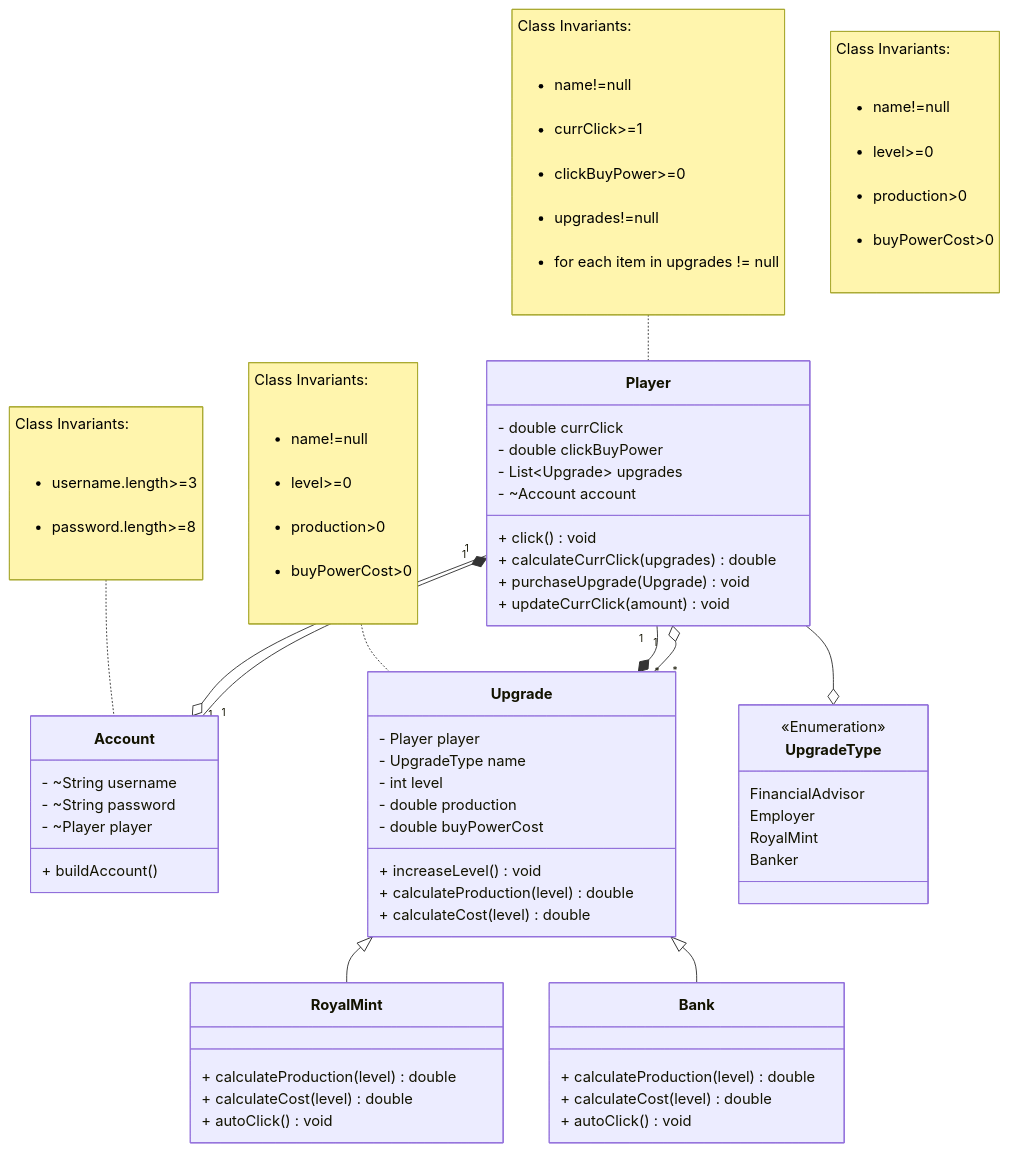
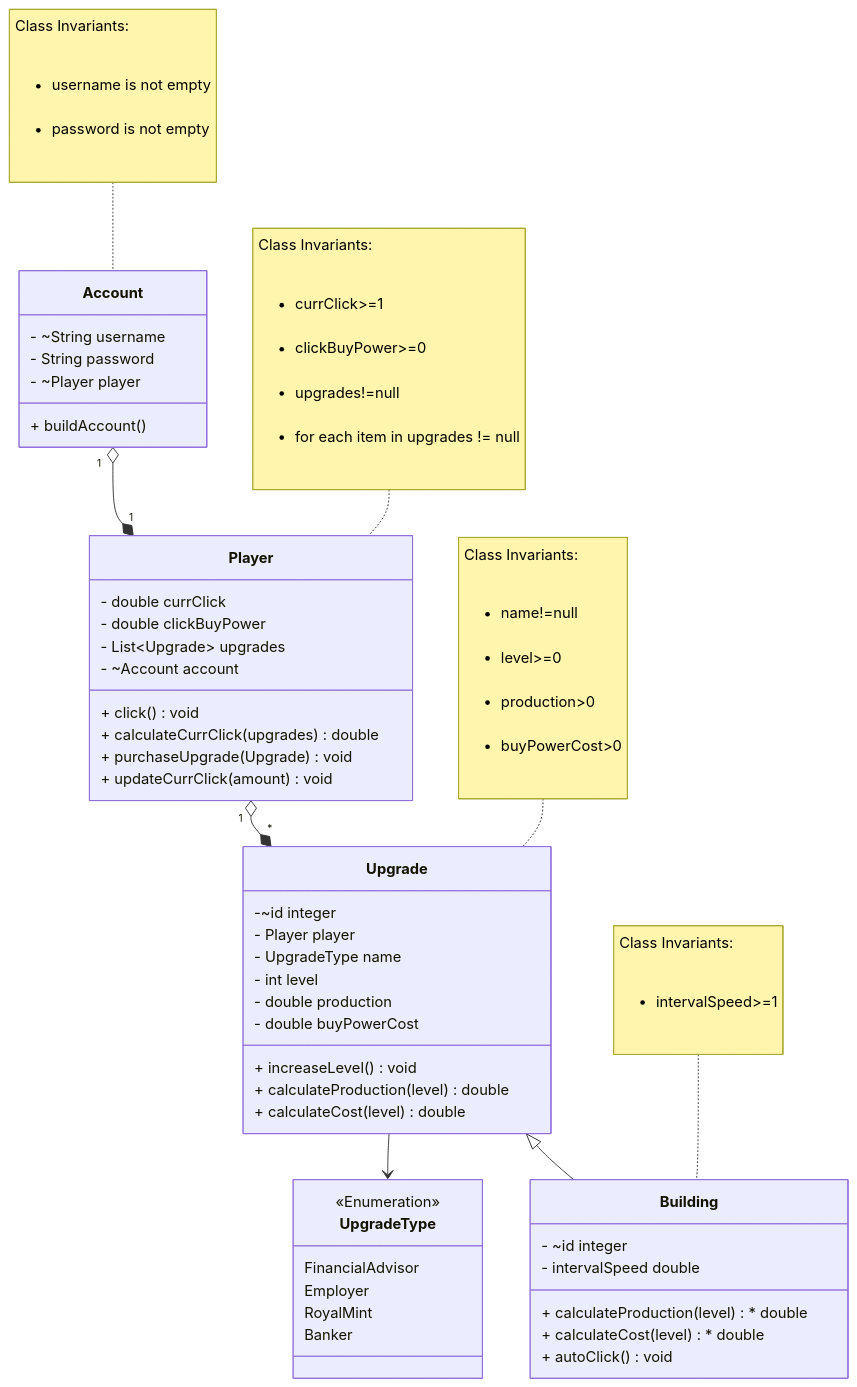
One commit to kaesotiric/money_clicker_game changed the diagram in domain.md. Above: the diagram before and after it, drawn with Mermaid. The commit also changed other lines of this file and 17 other files, not shown here.

`````diff
--- a/domain.md
+++ b/domain.md
@@ -21,7 +21,6 @@
     }
     note for Player "Class Invariants:
     <ul>
-    <li>name!=null</li>
     <li>currClick>=1</li>
     <li>clickBuyPower>=0</li>
     <li>upgrades!=null</li>
@@ -30,18 +29,19 @@
 
     class Account{
         - ~String username
-        - ~String password
+        - String password
         - ~Player player
         + buildAccount()
         
     }
     note for Account "Class Invariants:
     <ul>
-    <li>username.length>=3</li>
-    <li>password.length>=8</li>
+    <li>username is not empty</li>
+    <li>password is not empty</li>
     </ul>"
   
      class Upgrade {
+         -~id integer
          - Player player
          - UpgradeType name
          - int level
@@ -68,36 +68,21 @@
     </ul>"
     
     
-
-    Player "1" --* "*" Upgrade
-    Upgrade "*"--o "1" Player
-    Account "1" --* "1" Player
-    Player --o UpgradeType
-    Player "1" --o "1" Account
-%%    Account --o "1" Player
-
-
-    Upgrade <|-- RoyalMint
-    Upgrade <|-- Bank
-     
-    class RoyalMint {
-        + calculateProduction(level) double
-        + calculateCost(level) double
+    Player "1" o--* "*" Upgrade
+    Account "1" o--* "1" Player
+%%    Player --> UpgradeType
+    Upgrade --> UpgradeType
+    
+    class Building{
+        - ~id integer
+        - intervalSpeed double
+        + calculateProduction(level) * double 
+        + calculateCost(level) * double
         + autoClick() void
-    }
-    class Bank {
-        + calculateProduction(level) double
-        + calculateCost(level) double
-        + autoClick() void
-    }
+ }
+    Upgrade<|-- Building
     note for Building "Class Invariants:
     <ul>
-    <li>name!=null</li>
-    <li>level>=0</li>
-    <li>production>0</li>
-    <li>buyPowerCost>0</li>
+    <li>intervalSpeed>=1</li>
     </ul>"
-
-
-    
-```
+````
`````
